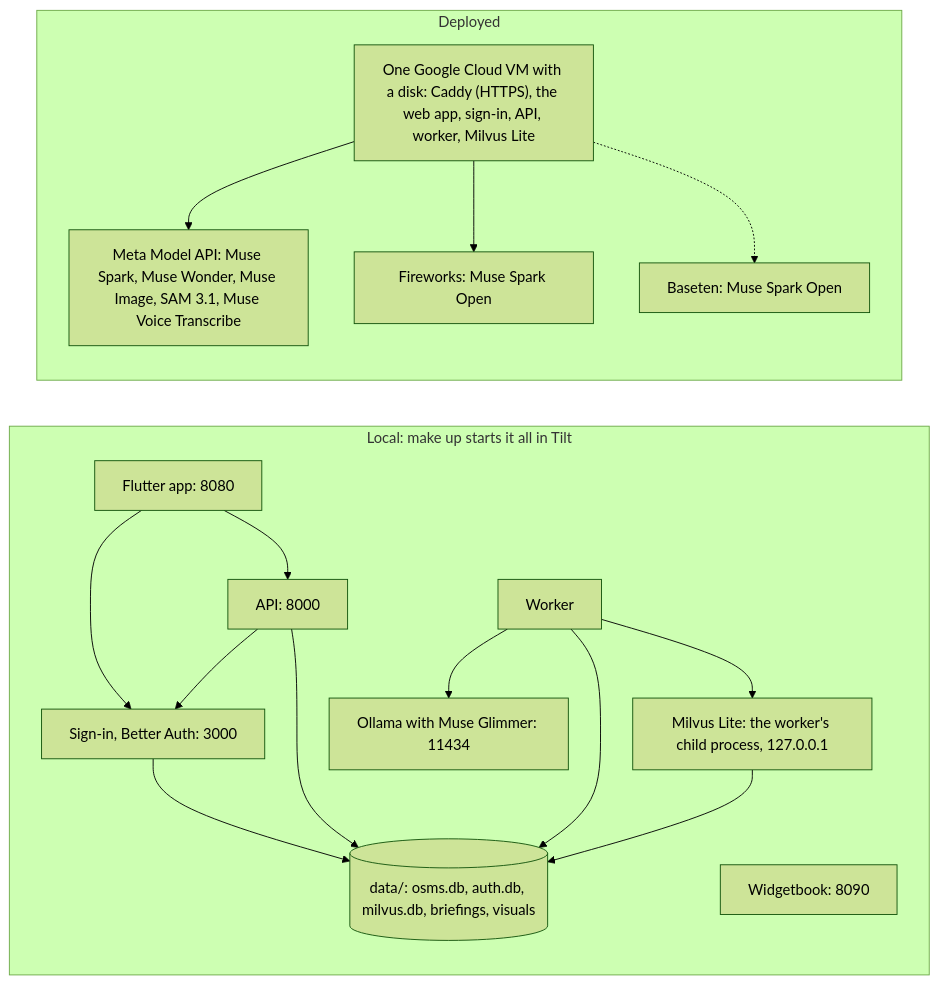
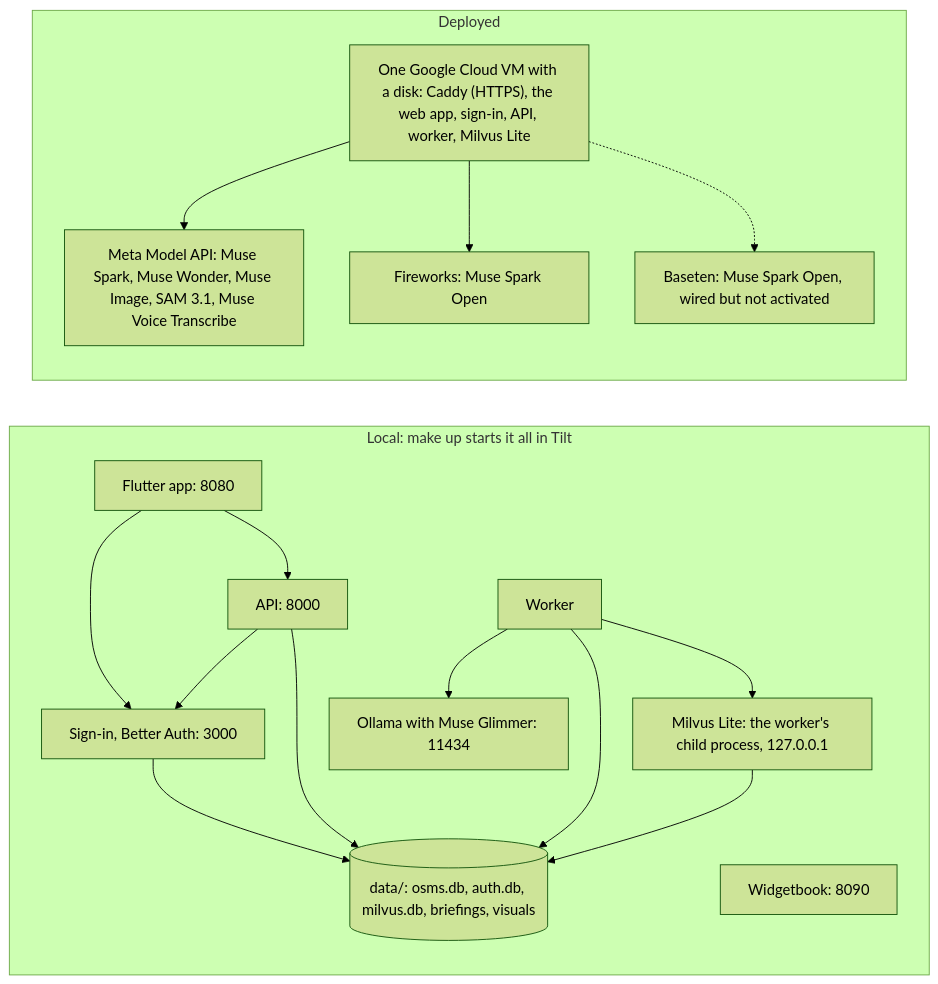
The eighth of 8 diagrams in docs/architecture.md (ThivaV/OSMS), drawn with Mermaid (forest theme) before and after one commit. The commit also changed other lines of this file and 15 other files, not shown here.

````diff
--- a/docs/architecture.md
+++ b/docs/architecture.md
@@ -617,33 +623,33 @@
 ```mermaid
 flowchart LR
     subgraph laptop["Local: make up starts it all in Tilt"]
         l_app["Flutter app: 8080"]
         l_auth["Sign-in, Better Auth: 3000"]
         l_wb["Widgetbook: 8090"]
         l_api["API: 8000"]
         l_worker["Worker"]
         l_milvus["Milvus Lite: the worker's child process, 127.0.0.1"]
         l_glimmer["Ollama with Muse Glimmer: 11434"]
         l_data[("data/: osms.db, auth.db, milvus.db, briefings, visuals")]
     end
 
     subgraph cloud["Deployed"]
         box["One Google Cloud VM with a disk: Caddy (HTTPS), the web app, sign-in, API, worker, Milvus Lite"]
         meta["Meta Model API: Muse Spark, Muse Wonder, Muse Image, SAM 3.1, Muse Voice Transcribe"]
-        baseten["Baseten: Muse Spark Open"]
+        baseten["Baseten: Muse Spark Open, wired but not activated"]
         fireworks["Fireworks: Muse Spark Open"]
     end
 
     l_app --> l_auth
     l_app --> l_api
     l_auth --> l_data
     l_api --> l_auth
     l_api --> l_data
     l_worker --> l_data
     l_worker --> l_milvus
     l_worker --> l_glimmer
     l_milvus --> l_data
     box --> meta
     box --> fireworks
     box -.-> baseten
 ```
````
